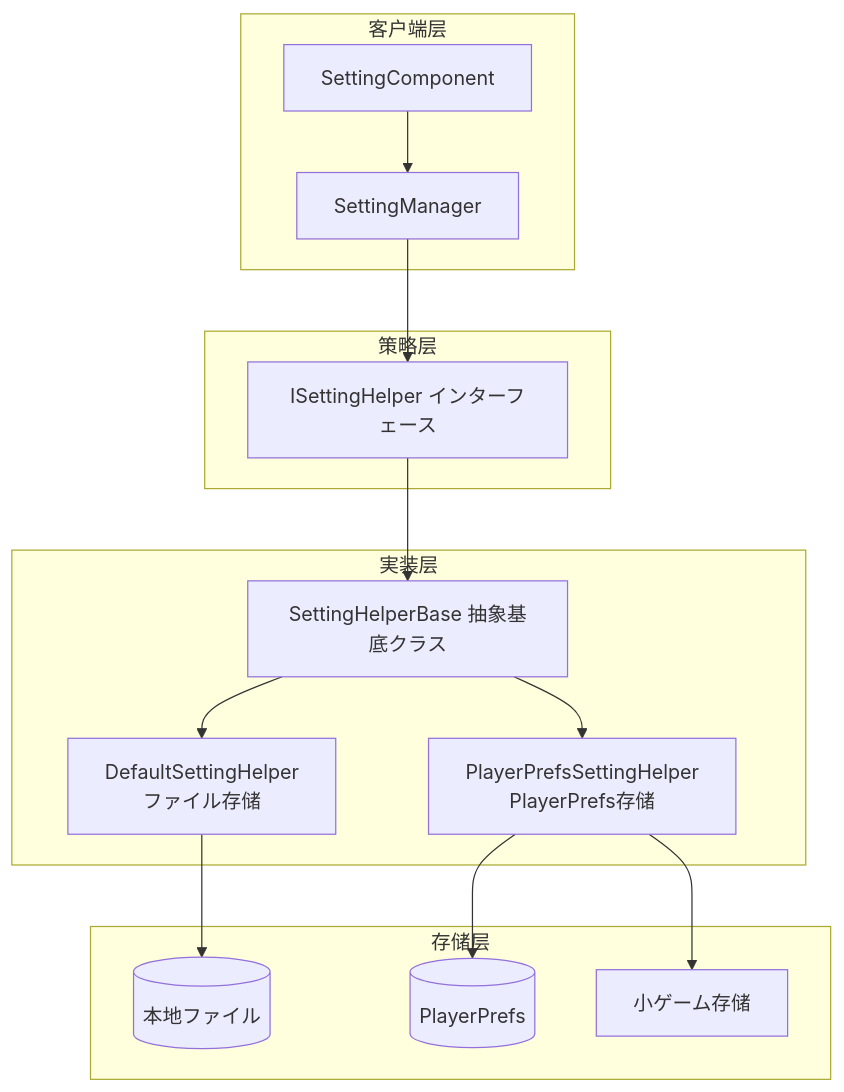
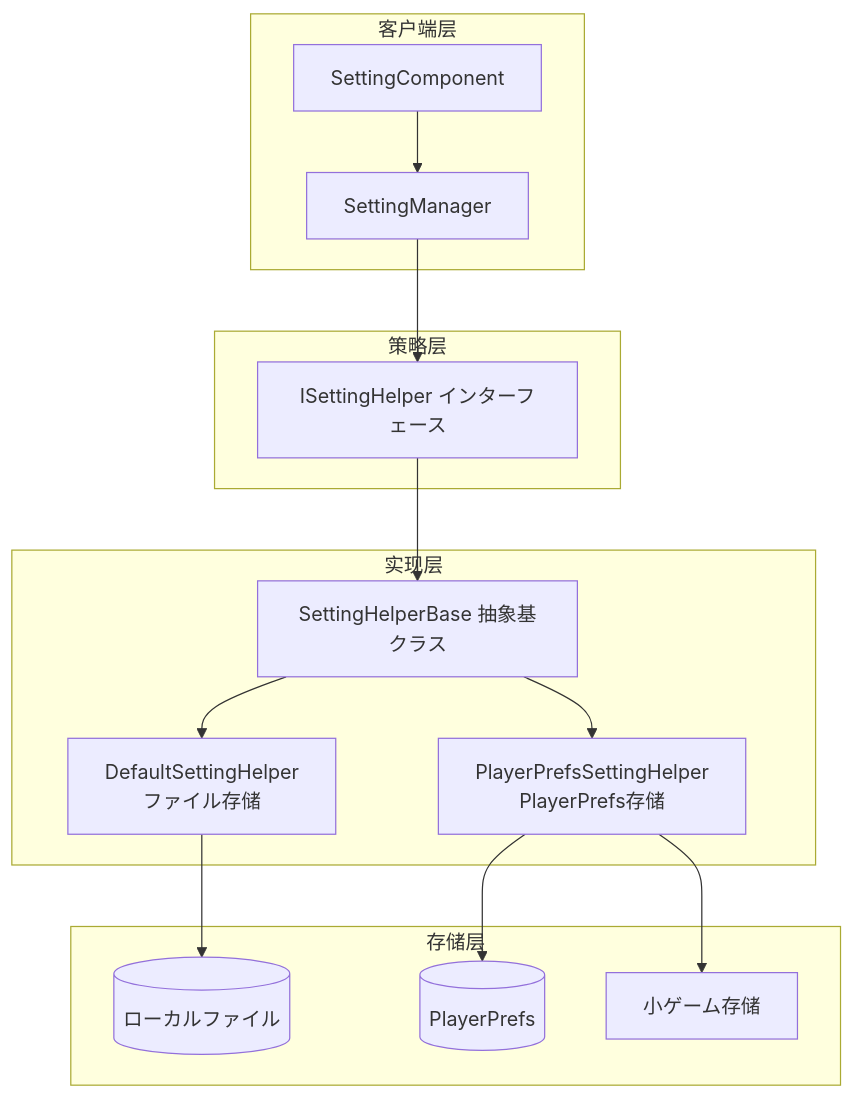
The diagram in docs/ja/client/unity/component/setting/05.helper-implementation.md (AlianBlank/GameFrameX.Docs), drawn with Mermaid before and after one commit. The commit also changed other lines of this file and 320 other files, not shown here.

````diff
--- a/docs/ja/client/unity/component/setting/05.helper-implementation.md
+++ b/docs/ja/client/unity/component/setting/05.helper-implementation.md
@@ -11,32 +11,32 @@
 ```mermaid
 flowchart TD
     subgraph Client["客户端层"]
         SC[SettingComponent]
         SM[SettingManager]
     end
 
     subgraph Strategy["策略层"]
         ISH[ISettingHelper インターフェース]
     end
 
-    subgraph Implementation["実装层"]
-        SHB[SettingHelperBase 抽象基底クラス]
+    subgraph Implementation["实现层"]
+        SHB[SettingHelperBase 抽象基クラス]
         DSH[DefaultSettingHelper<br/>ファイル存储]
         PPSH[PlayerPrefsSettingHelper<br/>PlayerPrefs存储]
     end
 
     subgraph Storage["存储层"]
-        FS[(本地ファイル)]
+        FS[(ローカルファイル)]
         PP[(PlayerPrefs)]
         MiniGame[小ゲーム存储]
     end
 
     SC --> SM
     SM --> ISH
     ISH --> SHB
     SHB --> DSH
     SHB --> PPSH
     DSH --> FS
     PPSH --> PP
     PPSH --> MiniGame
 ```
````
